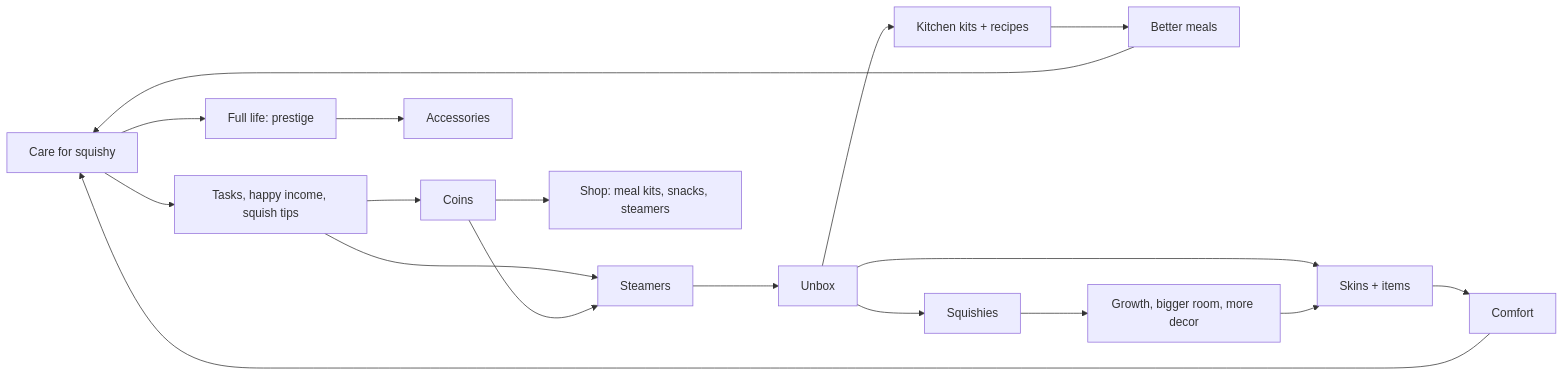
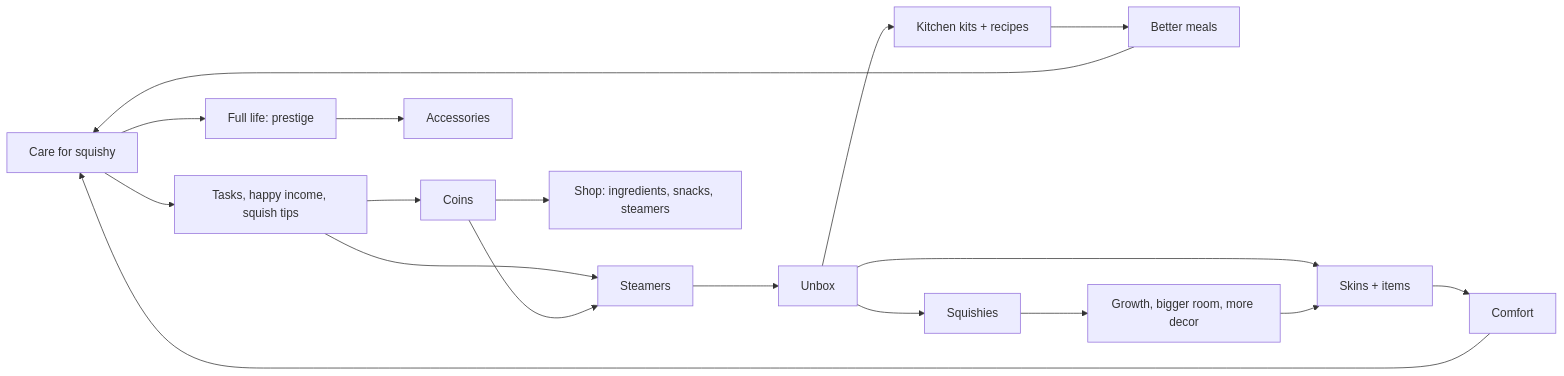
One commit to r-southern12/Squishygotchi changed the diagram in docs/spec.md. Above: the diagram before and after it, drawn with Mermaid. The commit also changed other lines of this file and 9 other files, not shown here.

Commit message:
Shop sells single Common ingredients (no kits); rare ones never sold: Cook offers 1 for an optional video, or points to the shop for common ones. Accessories move to their own Prestige store (tap the prestige star). Tips pile up in the coin for up to 5 minutes; one squish collects them all

````diff
--- a/docs/spec.md
+++ b/docs/spec.md
@@ -44,20 +44,20 @@
 ```mermaid
 flowchart LR
   A[Care for squishy] --> B[Tasks, happy income, squish tips]
   B --> C[Coins]
   B --> D[Steamers]
-  C --> E[Shop: meal kits, snacks, steamers]
+  C --> E[Shop: ingredients, snacks, steamers]
   C --> D
   D --> F[Unbox]
   F --> G[Skins + items]
   F --> H[Kitchen kits + recipes]
   F --> I[Squishies]
   G --> J[Comfort]
   H --> K[Better meals]
   I --> L[Growth, bigger room, more decor]
   J --> A
   K --> A
   L --> G
   A --> M[Full life: prestige]
   M --> N[Accessories]
 ```
````
